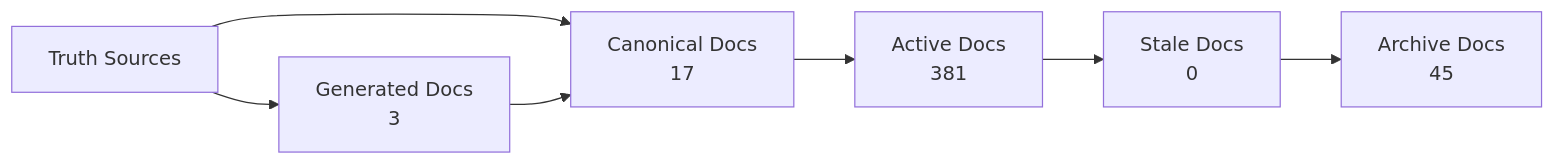
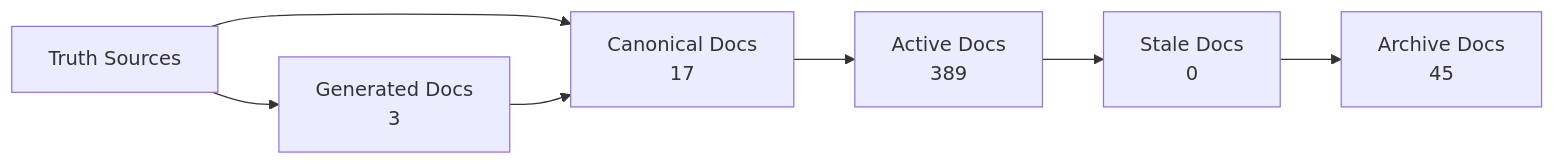
One commit to Latimer-Woods-Tech/Factory changed the diagram in docs/_generated/docs-trust-map.md. Above: the diagram before and after it, drawn with Mermaid. The commit also changed other lines of this file and 12 other files, not shown here.

````diff
--- a/docs/_generated/docs-trust-map.md
+++ b/docs/_generated/docs-trust-map.md
@@ -20,14 +20,14 @@
 ```mermaid
 flowchart LR
   truth["Truth Sources"] --> canonical["Canonical Docs"]
   canonical --> active["Active Docs"]
   active --> stale["Stale Docs"]
   stale --> archive["Archive Docs"]
   canonical["Canonical Docs\n17"]
-  active["Active Docs\n381"]
+  active["Active Docs\n389"]
   stale["Stale Docs\n0"]
   archive["Archive Docs\n45"]
   generated["Generated Docs\n3"]
   truth --> generated
   generated --> canonical
 ```
````
